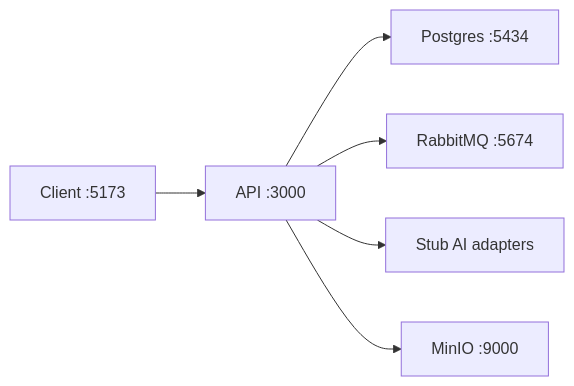
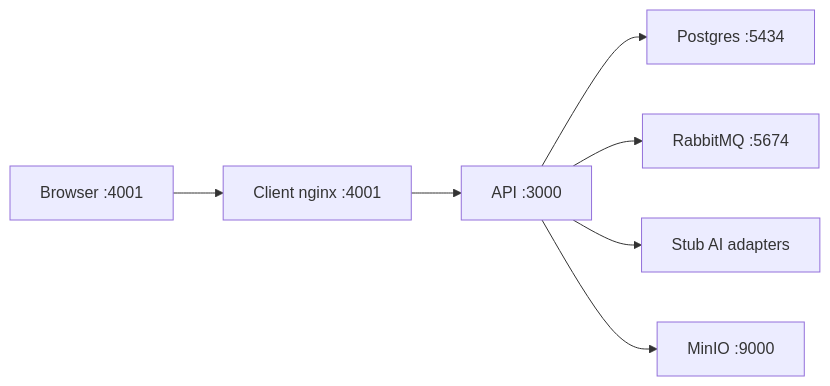
Before and after one commit to AbrahamVilchesDeLaCruz/ididntcatchthat: the first of 2 diagrams in docs/local-development.md, drawn with Mermaid. The commit also changed other lines of this file and 14 other files, not shown here.

````diff
--- a/docs/local-development.md
+++ b/docs/local-development.md
@@ -110,8 +130,9 @@
 ```mermaid
 flowchart LR
-  Client["Client :5173"] --> API["API :3000"]
+  Browser["Browser :4001"] --> Client["Client nginx :4001"]
+  Client --> API["API :3000"]
   API --> PG["Postgres :5434"]
   API --> RMQ["RabbitMQ :5674"]
   API --> Stubs["Stub AI adapters"]
   API --> MinIO["MinIO :9000"]
 ```
````
